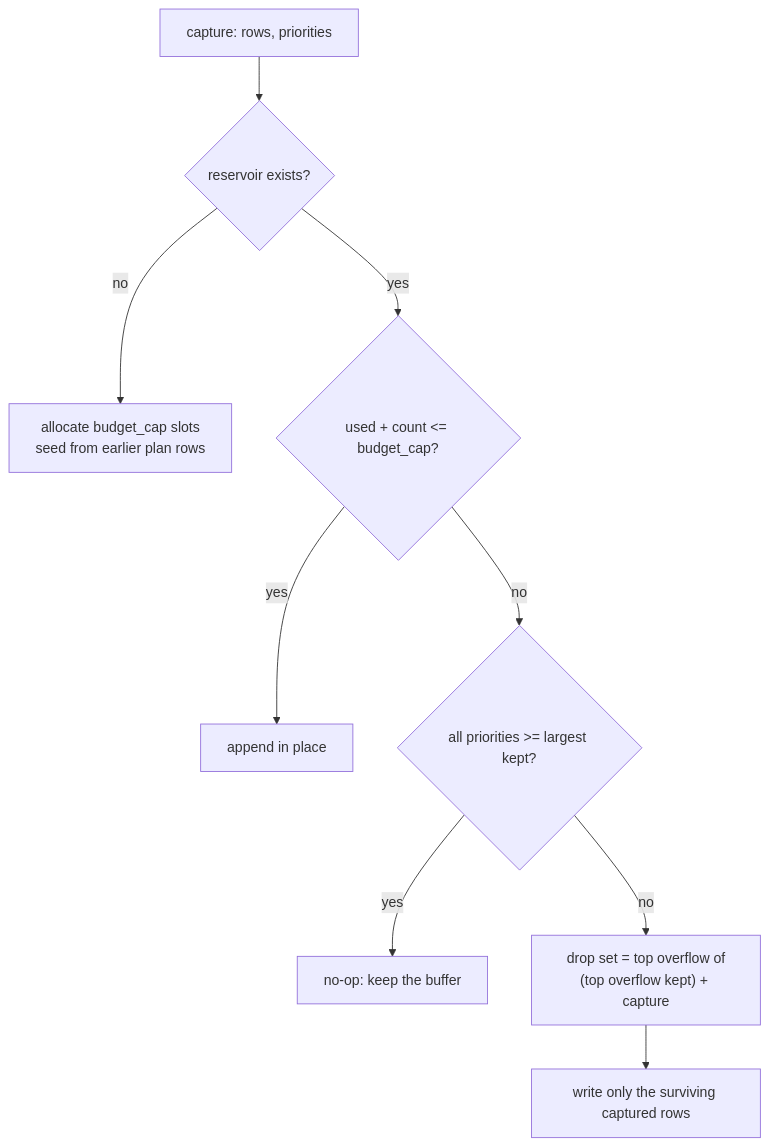
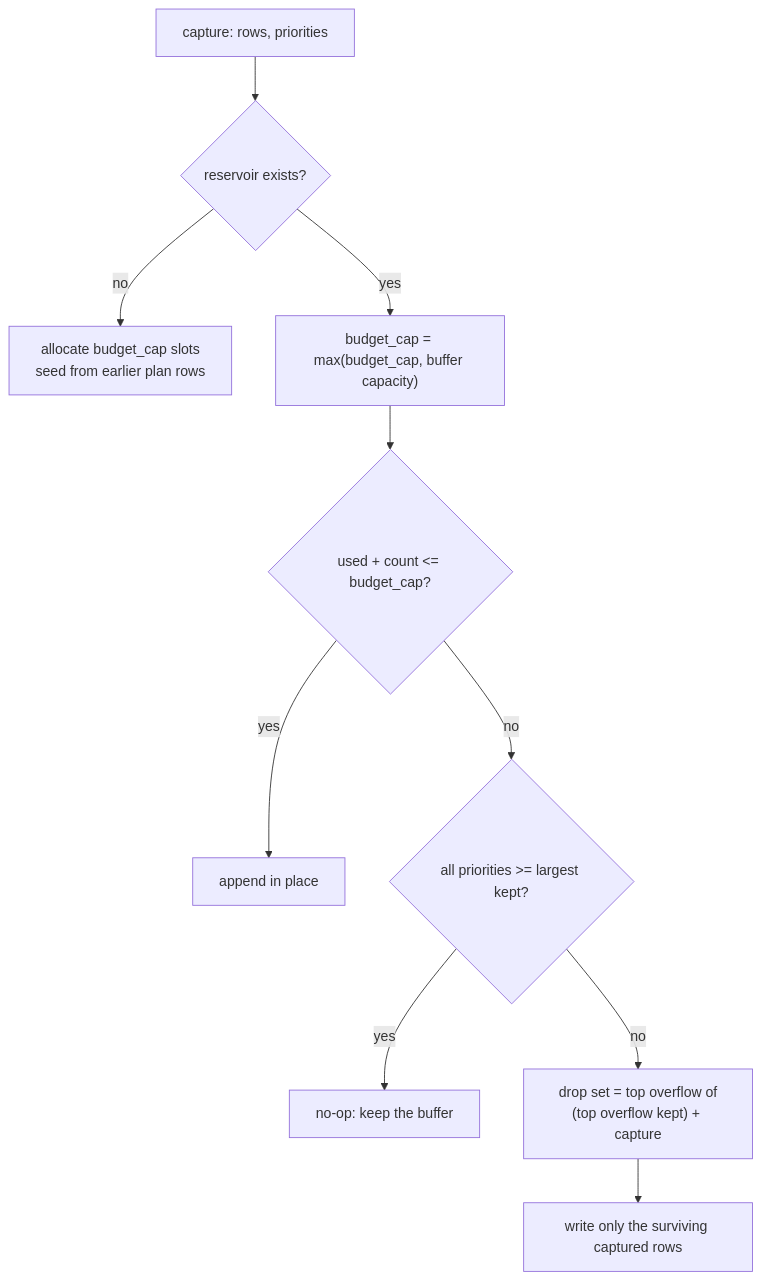
Before and after one commit to ModelCloud/GPTQModel: the fifth of 5 diagrams in docs/moe-awq-calibration.md, drawn with Mermaid. The commit also changed other lines of this file and 2 other files, not shown here.

````diff
--- a/docs/moe-awq-calibration.md
+++ b/docs/moe-awq-calibration.md
@@ -206,11 +212,12 @@
 ```mermaid
 flowchart TD
     A["capture: rows, priorities"] --> B{"reservoir exists?"}
     B -- no --> C["allocate budget_cap slots<br/>seed from earlier plan rows"]
-    B -- yes --> D{"used + count <= budget_cap?"}
+    B -- yes --> B1["budget_cap = max(budget_cap, buffer capacity)"]
+    B1 --> D{"used + count <= budget_cap?"}
     D -- yes --> E["append in place"]
     D -- no --> F{"all priorities >= largest kept?"}
     F -- yes --> G["no-op: keep the buffer"]
     F -- no --> H["drop set = top overflow of<br/>(top overflow kept) + capture"]
     H --> I["write only the surviving captured rows"]
 ```
````
